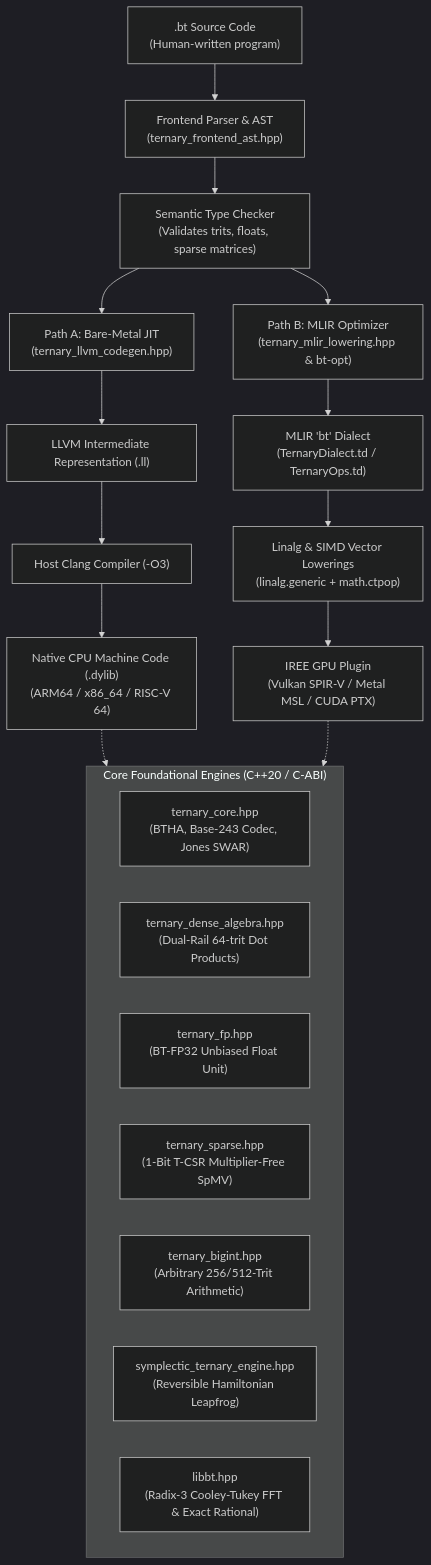
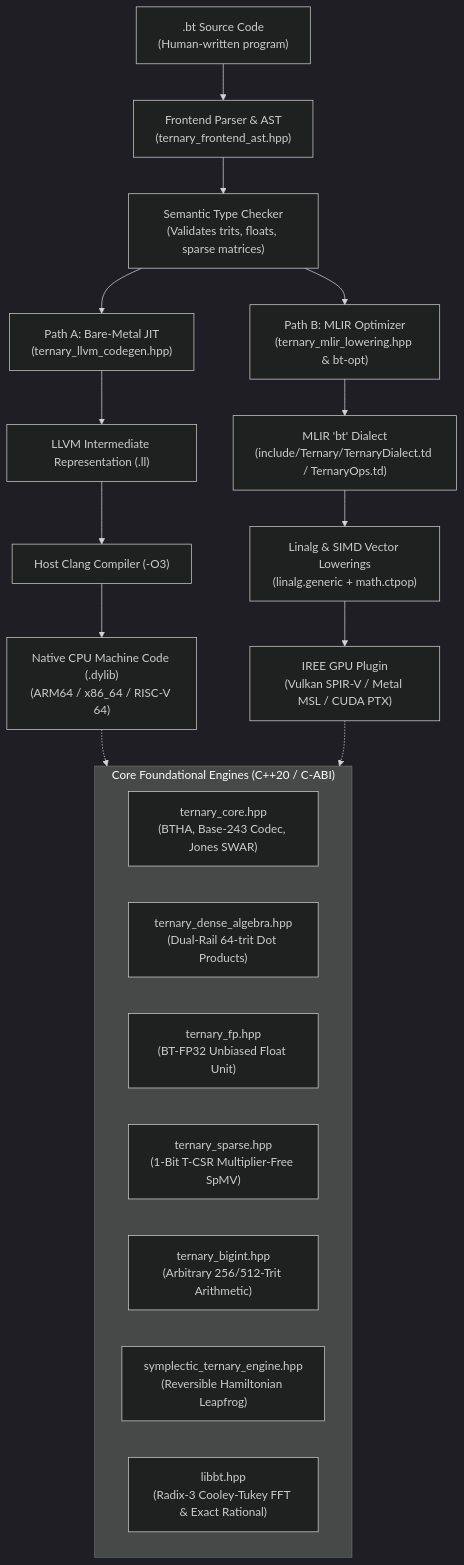
One commit to Ojas-Arya-OPEN-FOUNDATION/Trium-XBT-compiler changed the second of 22 diagrams in docs/Next_Gen_Foundation_Compiler_Guide.md. Above: the diagram before and after it, drawn with Mermaid (dark theme). The commit also changed other lines of this file and 63 other files, not shown here.

````diff
--- a/docs/Next_Gen_Foundation_Compiler_Guide.md
+++ b/docs/Next_Gen_Foundation_Compiler_Guide.md
@@ -153,29 +153,29 @@
 ```mermaid
 flowchart TD
     UserCode[".bt Source Code<br/>(Human-written program)"] --> Parser["Frontend Parser & AST<br/>(ternary_frontend_ast.hpp)"]
     Parser --> TypeChecker["Semantic Type Checker<br/>(Validates trits, floats, sparse matrices)"]
     
     TypeChecker --> PathA["Path A: Bare-Metal JIT<br/>(ternary_llvm_codegen.hpp)"]
     TypeChecker --> PathB["Path B: MLIR Optimizer<br/>(ternary_mlir_lowering.hpp & bt-opt)"]
     
     PathA --> LLVM_IR["LLVM Intermediate Representation (.ll)"]
     LLVM_IR --> Clang["Host Clang Compiler (-O3)"]
     Clang --> NativeMach["Native CPU Machine Code (.dylib)<br/>(ARM64 / x86_64 / RISC-V 64)"]
     
-    PathB --> MLIR_Dialect["MLIR 'bt' Dialect<br/>(TernaryDialect.td / TernaryOps.td)"]
+    PathB --> MLIR_Dialect["MLIR 'bt' Dialect<br/>(include/Ternary/TernaryDialect.td / TernaryOps.td)"]
     MLIR_Dialect --> Lowerings["Linalg & SIMD Vector Lowerings<br/>(linalg.generic + math.ctpop)"]
     Lowerings --> IREE["IREE GPU Plugin<br/>(Vulkan SPIR-V / Metal MSL / CUDA PTX)"]
     
     subgraph FoundationLibraries["Core Foundational Engines (C++20 / C-ABI)"]
         CoreEngine["ternary_core.hpp<br/>(BTHA, Base-243 Codec, Jones SWAR)"]
         DenseEngine["ternary_dense_algebra.hpp<br/>(Dual-Rail 64-trit Dot Products)"]
         FPEngine["ternary_fp.hpp<br/>(BT-FP32 Unbiased Float Unit)"]
         SparseEngine["ternary_sparse.hpp<br/>(1-Bit T-CSR Multiplier-Free SpMV)"]
         BigTritEngine["ternary_bigint.hpp<br/>(Arbitrary 256/512-Trit Arithmetic)"]
         SymplecticEngine["symplectic_ternary_engine.hpp<br/>(Reversible Hamiltonian Leapfrog)"]
         LibBT["libbt.hpp<br/>(Radix-3 Cooley-Tukey FFT & Exact Rational)"]
     end
     
     NativeMach -.-> FoundationLibraries
     IREE -.-> FoundationLibraries
 ```
````
